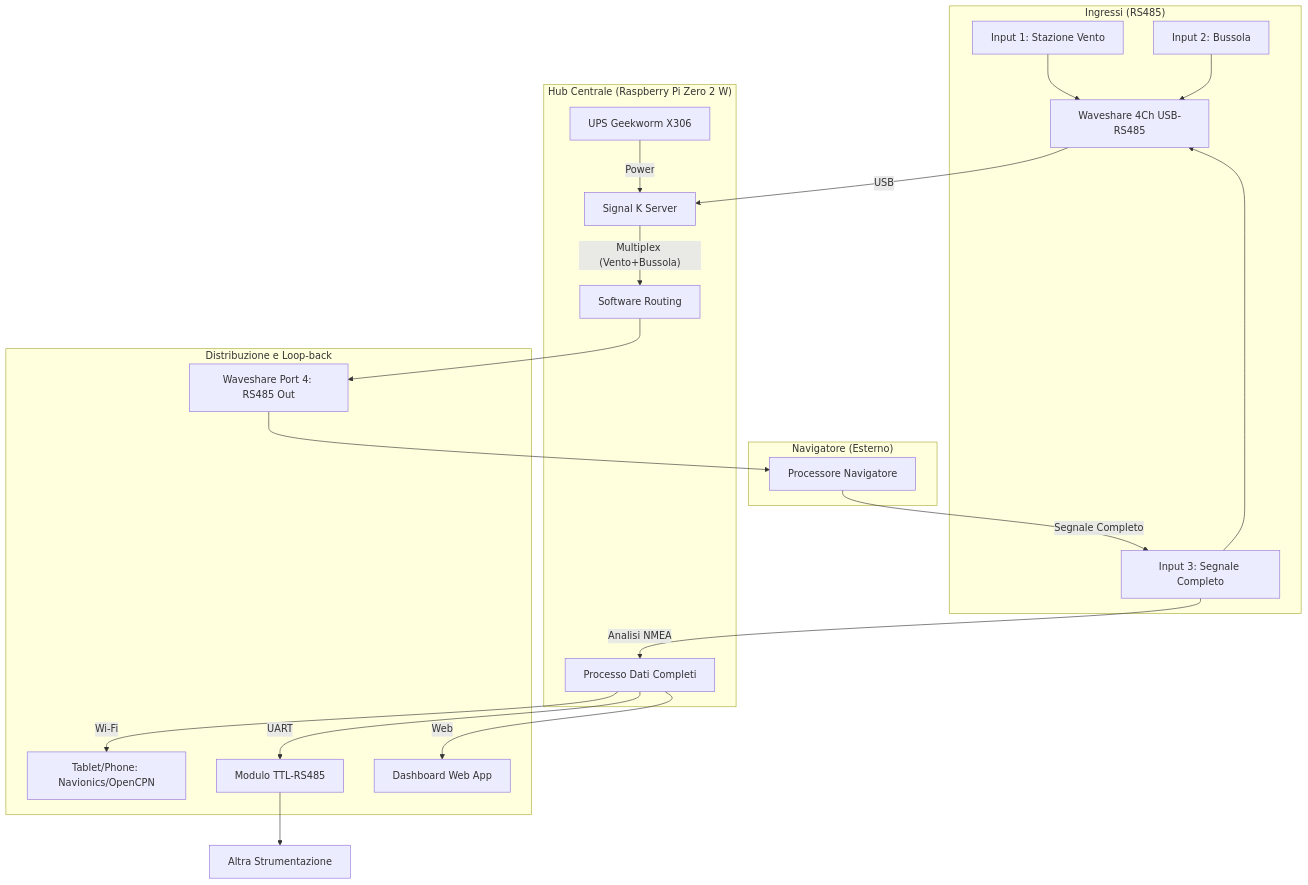
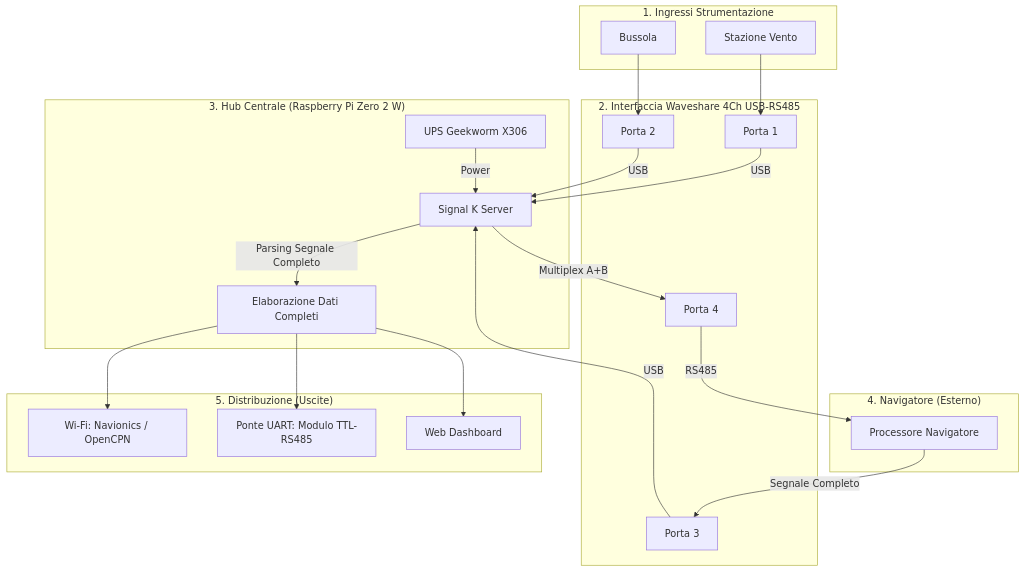
The diagram in README.md (PZero/MamaoHub), drawn with Mermaid before and after one commit. The commit also changed other lines of this file, not shown here.

Commit message:
Update: Redesigned diagram with Waveshare subgraph and clearer flow

````diff
--- a/README.md
+++ b/README.md
@@ -11,31 +11,49 @@
 ```mermaid
 graph TD
-    subgraph "Ingressi (RS485)"
-        In1[Input 1: Stazione Vento] --> WS[Waveshare 4Ch USB-RS485]
-        In2[Input 2: Bussola] --> WS
-        In3[Input 3: Segnale Completo] --> WS
+    subgraph Ingressi["1. Ingressi Strumentazione"]
+        Vento[Stazione Vento]
+        Bussola[Bussola]
     end
 
-    subgraph "Hub Centrale (Raspberry Pi Zero 2 W)"
-        WS -- USB --> SK[Signal K Server]
-        UPS[UPS Geekworm X306] -- Power --> SK
-        SK -- "Multiplex (Vento+Bussola)" --> SK_Out1[Software Routing]
-        SK_Proc[Processo Dati Completi]
+    subgraph Waveshare["2. Interfaccia Waveshare 4Ch USB-RS485"]
+        Port1[Porta 1]
+        Port2[Porta 2]
+        Port3[Porta 3]
+        Port4[Porta 4]
     end
 
-    subgraph "Navigatore (Esterno)"
-        Nav[Processore Navigatore]
+    subgraph RPi["3. Hub Centrale (Raspberry Pi Zero 2 W)"]
+        SK[Signal K Server]
+        UPS[UPS Geekworm X306] -- Power --> SK
+        SK_Proc[Elaborazione Dati Completi]
     end
 
-    subgraph "Distribuzione e Loop-back"
-        SK_Out1 --> WS_Out[Waveshare Port 4: RS485 Out]
-        WS_Out --> Nav
-        Nav -- "Segnale Completo" --> In3
-        In3 -- "Analisi NMEA" --> SK_Proc
-        SK_Proc -- Wi-Fi --> Tab[Tablet/Phone: Navionics/OpenCPN]
-        SK_Proc -- UART --> TTL[Modulo TTL-RS485]
-        SK_Proc -- Web --> Dash[Dashboard Web App]
+    subgraph Nav["4. Navigatore (Esterno)"]
+        Nav_Device[Processore Navigatore]
     end
 
-    TTL --> Ext1[Altra Strumentazione]
+    subgraph Out["5. Distribuzione (Uscite)"]
+        WiFi[Wi-Fi: Navionics / OpenCPN]
+        UART_Out[Ponte UART: Modulo TTL-RS485]
+        WebDash[Web Dashboard]
+    end
+
+    %% Flusso Dati
+    Vento --> Port1
+    Bussola --> Port2
+    Port1 & Port2 -- USB --> SK
+    
+    %% Loop-back verso Navigatore
+    SK -- "Multiplex A+B" --> Port4
+    Port4 -- RS485 --> Nav_Device
+    
+    %% Rientro Segnale Completo
+    Nav_Device -- "Segnale Completo" --> Port3
+    Port3 -- USB --> SK
+    
+    %% Distribuzione Finale
+    SK -- "Parsing Segnale Completo" --> SK_Proc
+    SK_Proc --> WiFi
+    SK_Proc --> UART_Out
+    SK_Proc --> WebDash
 ```
````
